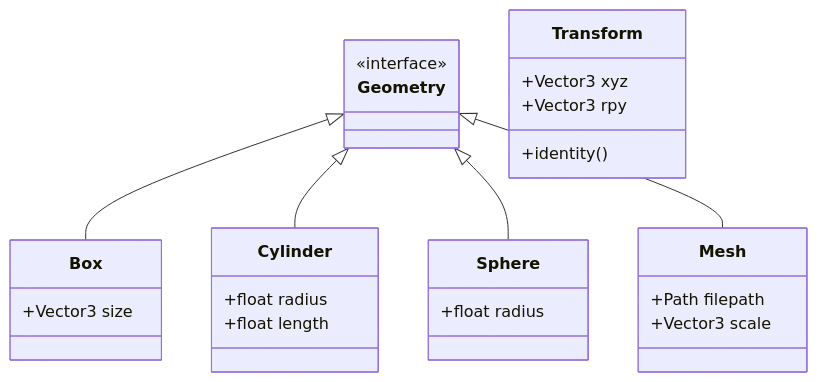
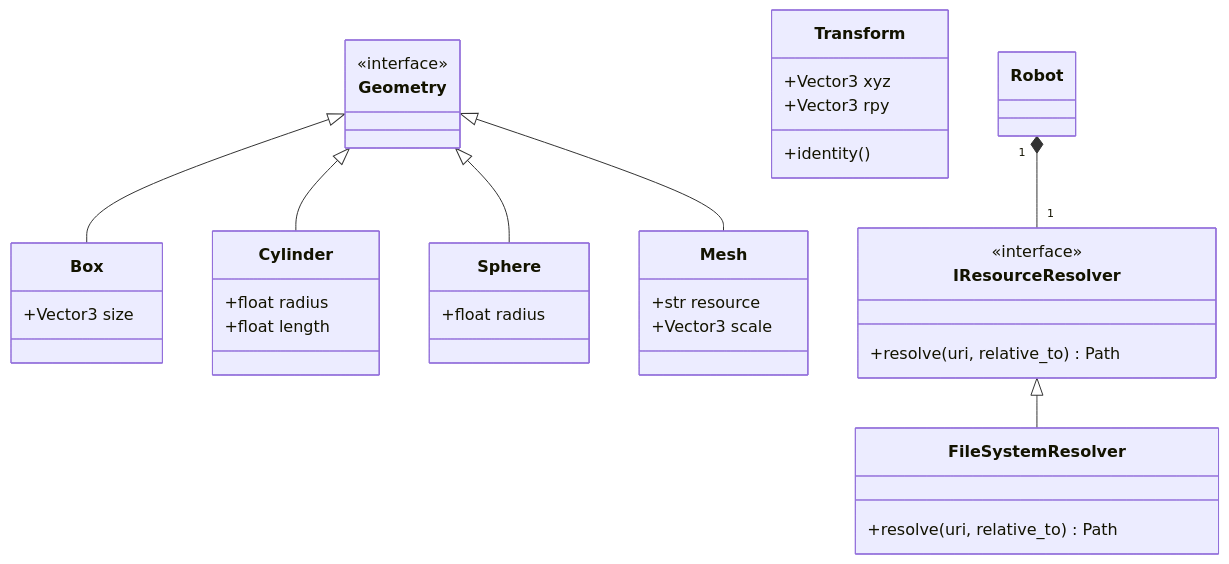
One commit to arounamounchili/linkforge changed the sixth of 7 diagrams in ARCHITECTURE.md. Above: the diagram before and after it, drawn with Mermaid. The commit also changed other lines of this file and 1 other file, not shown here.

Commit message:
docs: synchronize architecture and changelog with URI resolution system

````diff
--- a/ARCHITECTURE.md
+++ b/ARCHITECTURE.md
@@ -338,35 +340,47 @@
 ```mermaid
 classDiagram
     class Geometry {
         <<interface>>
     }
 
     class Box {
         +Vector3 size
     }
 
     class Cylinder {
         +float radius
         +float length
     }
 
     class Sphere {
         +float radius
     }
 
     class Mesh {
-        +Path filepath
+        +str resource
         +Vector3 scale
     }
 
     class Transform {
         +Vector3 xyz
         +Vector3 rpy
         +identity()
     }
 
     Geometry <|-- Box
     Geometry <|-- Cylinder
     Geometry <|-- Sphere
     Geometry <|-- Mesh
+
+    class IResourceResolver {
+        <<interface>>
+        +resolve(uri, relative_to) Path
+    }
+
+    class FileSystemResolver {
+        +resolve(uri, relative_to) Path
+    }
+
+    IResourceResolver <|-- FileSystemResolver
+    Robot "1" *-- "1" IResourceResolver
 ```
````
